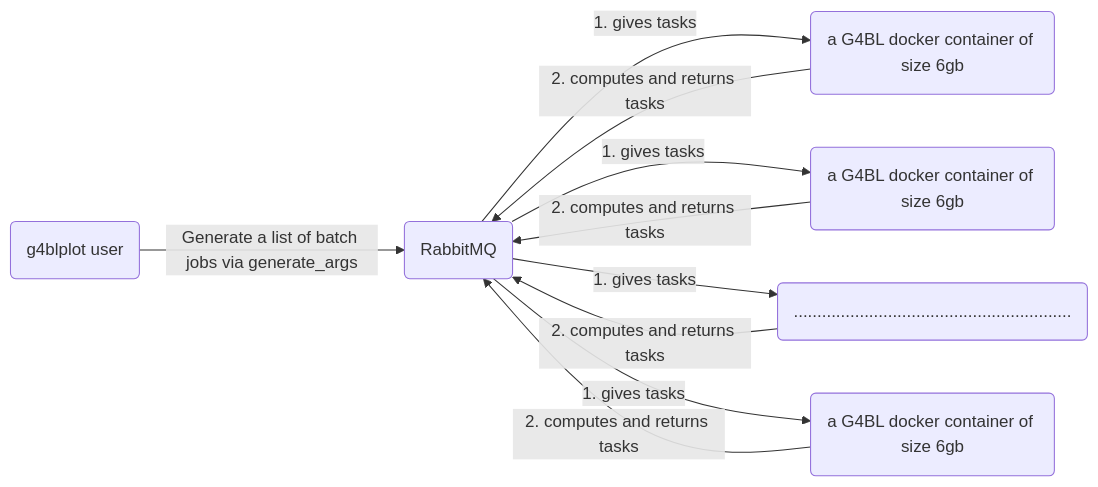
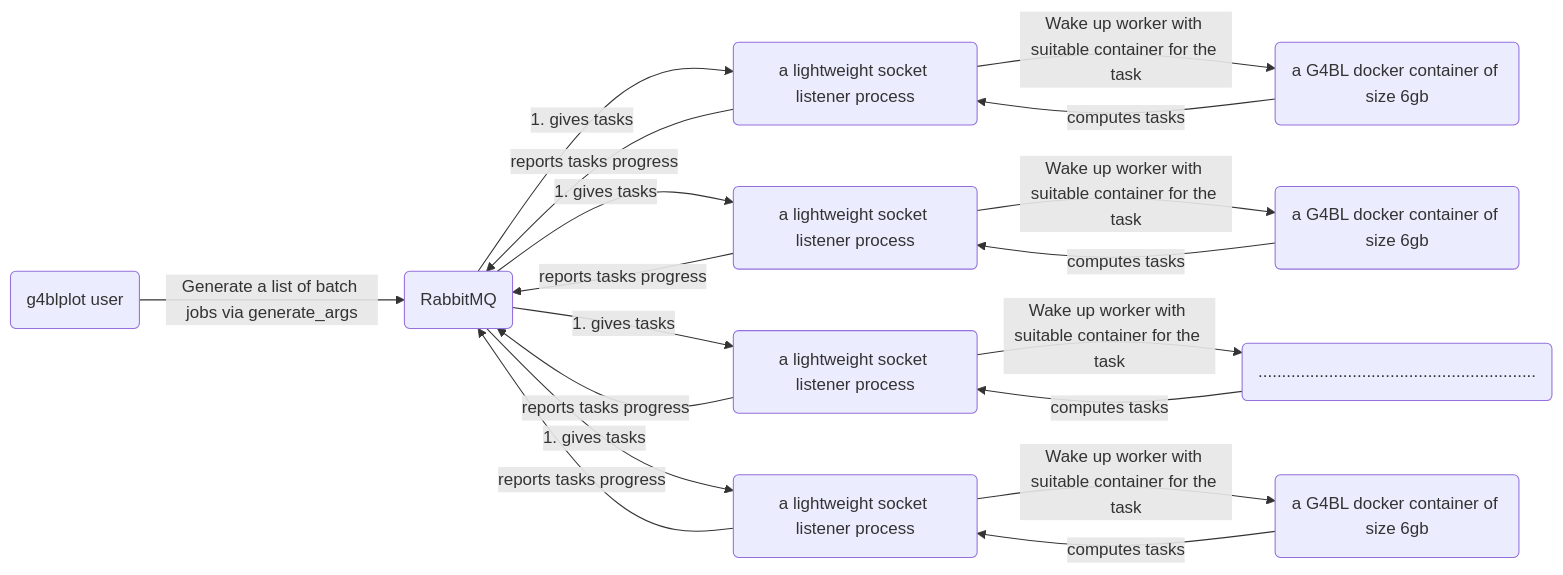
The diagram in docs/docker_demo.md (badumbatish/g4bl_suite), drawn with Mermaid before and after one commit. The commit also changed other lines of this file, not shown here.

````diff
--- a/docs/docker_demo.md
+++ b/docs/docker_demo.md
@@ -8,12 +8,22 @@
 ```mermaid
 flowchart LR
     pythonscript(g4blplot user)
     rabbitmq(RabbitMQ)
     pythonscript -->|Generate a list of batch jobs via generate_args| rabbitmq
     
     A1(a G4BL docker container of size 6gb)
     A2(a G4BL docker container of size 6gb)
     A3(a G4BL docker container of size 6gb)
     A(...........................................................)
-    rabbitmq -->|1. gives tasks| A1 & A2 & A & A3 -->|2. computes and returns tasks | rabbitmq
+    
+    L1(a lightweight socket listener process)
+    L2(a lightweight socket listener process)
+    L3(a lightweight socket listener process)
+    L4(a lightweight socket listener process)
+    
+    L1 -->|Wake up worker with suitable container for the task| A1 -->|computes tasks| L1 
+    L2 -->|Wake up worker with suitable container for the task| A2 -->|computes tasks| L2 
+    L3 -->|Wake up worker with suitable container for the task| A -->|computes tasks| L3 
+    L4 -->|Wake up worker with suitable container for the task| A3 -->|computes tasks| L4 
+    rabbitmq -->|1. gives tasks| L1 & L2 & L3 & L4 -->|reports tasks progress| rabbitmq
 ```
````
